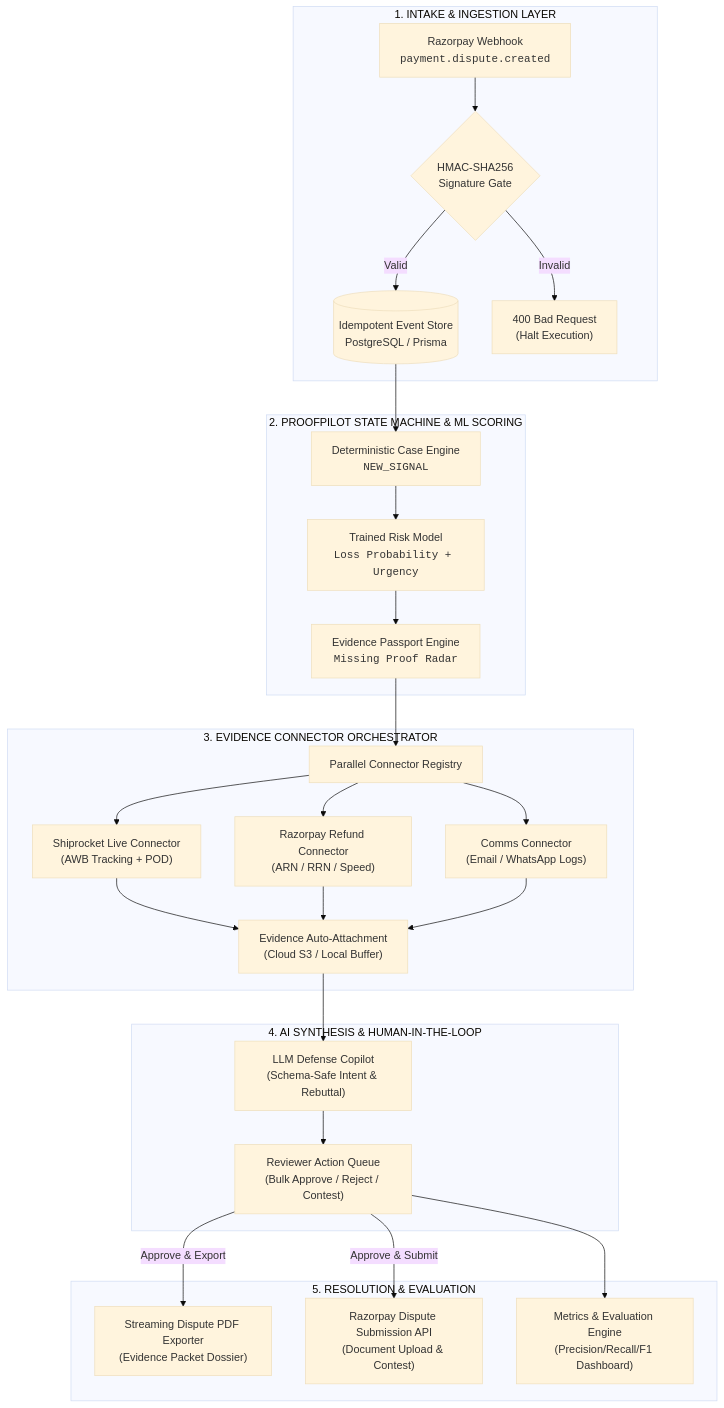
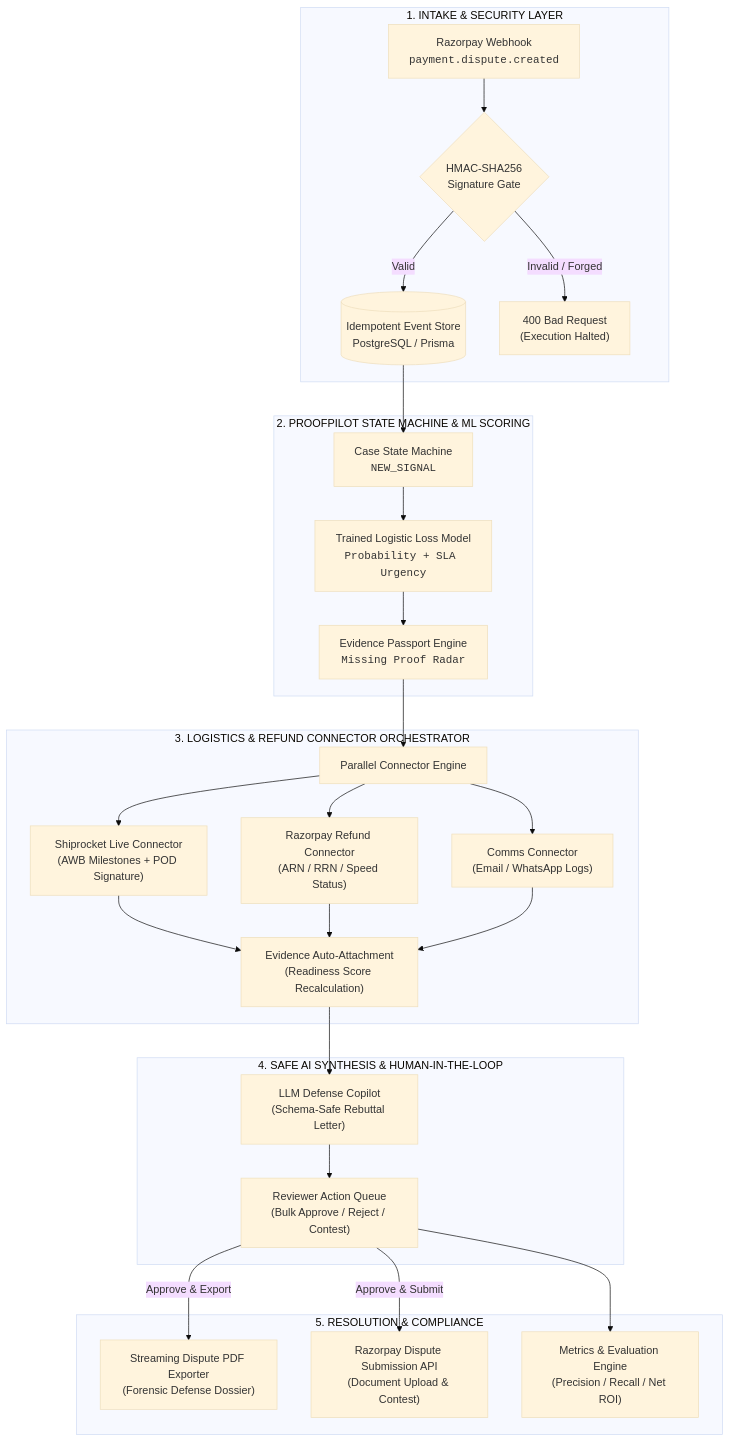
Before and after one commit to Pranay207/ProofPilot-AI: the diagram in README.md, drawn with Mermaid (base theme). The commit also changed other lines of this file, not shown here.

Commit message:
docs: upgrade README to production-grade architecture specification for Razorpay Buildathon

````diff
--- a/README.md
+++ b/README.md
@@ -55,35 +72,35 @@
 ```mermaid
 flowchart TD
-    subgraph INTAKE["1. INTAKE & INGESTION LAYER"]
-        RZP_WH["Razorpay Webhook<br/><code>payment.dispute.created</code>"] --> SIG_VERIFY{"HMAC-SHA256<br/>Signature Gate"}
-        SIG_VERIFY -->|Valid| IDEM_STORE[("Idempotent Event Store<br/>PostgreSQL / Prisma")]
-        SIG_VERIFY -->|Invalid| REJECT["400 Bad Request<br/>(Halt Execution)"]
+    subgraph INTAKE["1. INTAKE & SECURITY LAYER"]
+        RZP_WH["Razorpay Webhook<br/><code>payment.dispute.created</code>"] --> SIG_CHECK{"HMAC-SHA256<br/>Signature Gate"}
+        SIG_CHECK -->|Valid| IDEM_STORE[("Idempotent Event Store<br/>PostgreSQL / Prisma")]
+        SIG_CHECK -->|Invalid / Forged| REJECT["400 Bad Request<br/>(Execution Halted)"]
     end
 
     subgraph ENGINE["2. PROOFPILOT STATE MACHINE & ML SCORING"]
-        IDEM_STORE --> CASE_GEN["Deterministic Case Engine<br/><code>NEW_SIGNAL</code>"]
-        CASE_GEN --> ML_SCORE["Trained Risk Model<br/><code>Loss Probability + Urgency</code>"]
+        IDEM_STORE --> CASE_GEN["Case State Machine<br/><code>NEW_SIGNAL</code>"]
+        CASE_GEN --> ML_SCORE["Trained Logistic Loss Model<br/><code>Probability + SLA Urgency</code>"]
         ML_SCORE --> EV_PASSPORT["Evidence Passport Engine<br/><code>Missing Proof Radar</code>"]
     end
 
-    subgraph CONNECTORS["3. EVIDENCE CONNECTOR ORCHESTRATOR"]
-        EV_PASSPORT --> CONN_REG["Parallel Connector Registry"]
-        CONN_REG --> SR_CONN["Shiprocket Live Connector<br/>(AWB Tracking + POD)"]
-        CONN_REG --> RZP_CONN["Razorpay Refund Connector<br/>(ARN / RRN / Speed)"]
+    subgraph CONNECTORS["3. LOGISTICS & REFUND CONNECTOR ORCHESTRATOR"]
+        EV_PASSPORT --> CONN_REG["Parallel Connector Engine"]
+        CONN_REG --> SR_CONN["Shiprocket Live Connector<br/>(AWB Milestones + POD Signature)"]
+        CONN_REG --> RZP_CONN["Razorpay Refund Connector<br/>(ARN / RRN / Speed Status)"]
         CONN_REG --> COMMS_CONN["Comms Connector<br/>(Email / WhatsApp Logs)"]
-        SR_CONN --> EV_MERGE["Evidence Auto-Attachment<br/>(Cloud S3 / Local Buffer)"]
+        SR_CONN --> EV_MERGE["Evidence Auto-Attachment<br/>(Readiness Score Recalculation)"]
         RZP_CONN --> EV_MERGE
         COMMS_CONN --> EV_MERGE
     end
 
-    subgraph AI_HUMAN["4. AI SYNTHESIS & HUMAN-IN-THE-LOOP"]
-        EV_MERGE --> AI_DRAFT["LLM Defense Copilot<br/>(Schema-Safe Intent & Rebuttal)"]
+    subgraph AI_HUMAN["4. SAFE AI SYNTHESIS & HUMAN-IN-THE-LOOP"]
+        EV_MERGE --> AI_DRAFT["LLM Defense Copilot<br/>(Schema-Safe Rebuttal Letter)"]
         AI_DRAFT --> HITL_UI["Reviewer Action Queue<br/>(Bulk Approve / Reject / Contest)"]
     end
 
-    subgraph EXPORT_OUTPUT["5. RESOLUTION & EVALUATION"]
-        HITL_UI -->|Approve & Export| PDF_EXP["Streaming Dispute PDF Exporter<br/>(Evidence Packet Dossier)"]
+    subgraph EXPORT_OUTPUT["5. RESOLUTION & COMPLIANCE"]
+        HITL_UI -->|Approve & Export| PDF_EXP["Streaming Dispute PDF Exporter<br/>(Forensic Defense Dossier)"]
         HITL_UI -->|Approve & Submit| RZP_SUBMIT["Razorpay Dispute Submission API<br/>(Document Upload & Contest)"]
-        HITL_UI --> METRICS_EVAL["Metrics & Evaluation Engine<br/>(Precision/Recall/F1 Dashboard)"]
+        HITL_UI --> METRICS_EVAL["Metrics & Evaluation Engine<br/>(Precision / Recall / Net ROI)"]
     end
 ```
````
